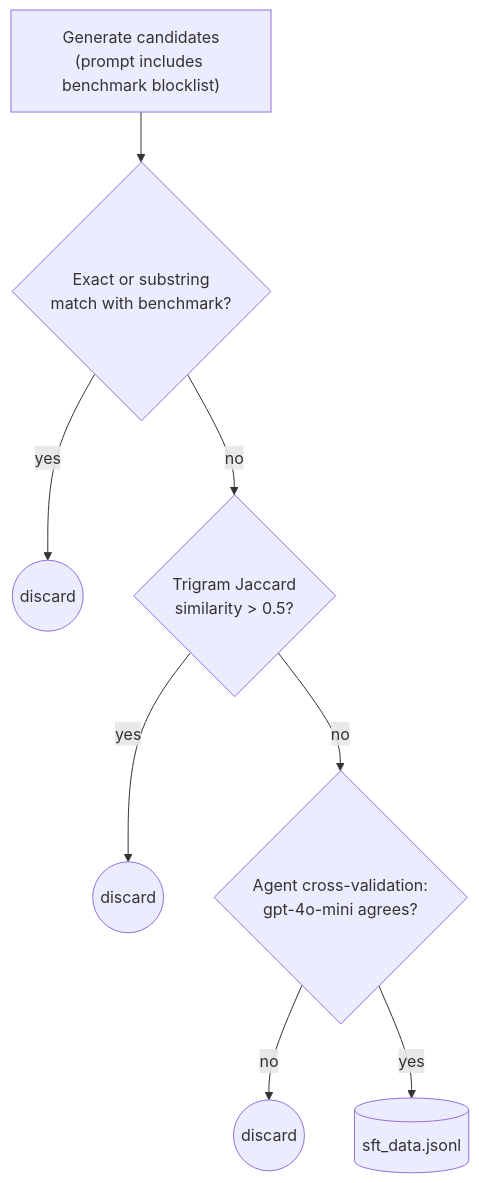
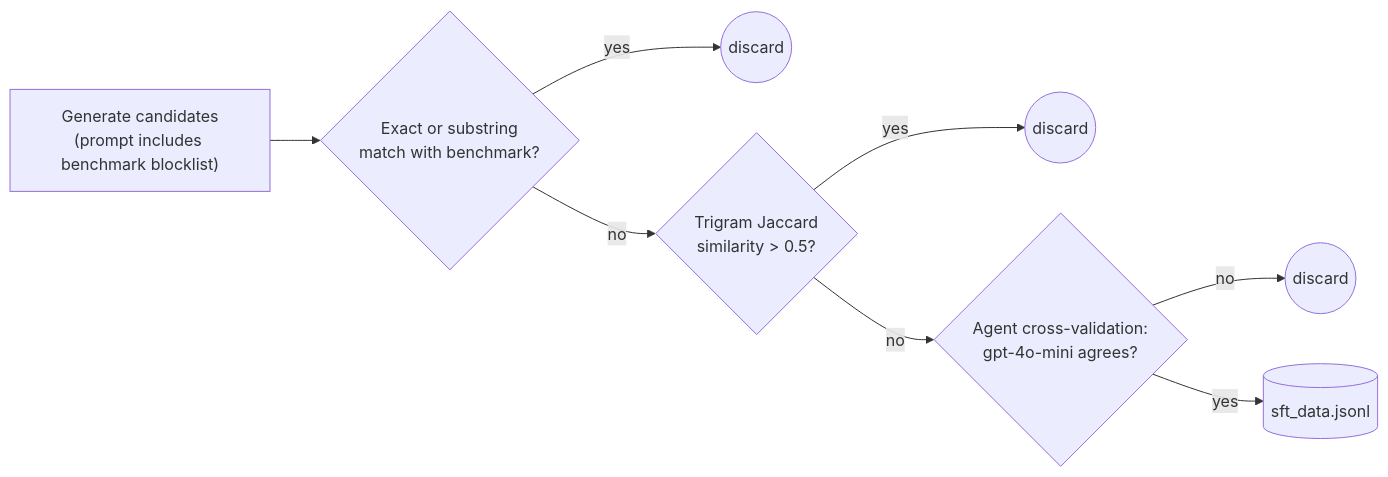
The third of 3 diagrams in examples/home-assistant/README.md (Liquid4All/cookbook), drawn with Mermaid before and after one commit. The commit also changed other lines of this file and 3 other files, not shown here.

````diff
--- a/examples/home-assistant/README.md
+++ b/examples/home-assistant/README.md
@@ -215,11 +215,11 @@
 ```mermaid
-flowchart TD
+flowchart LR
     A["Generate candidates\n(prompt includes benchmark blocklist)"]
     A --> B{"Exact or substring\nmatch with benchmark?"}
     B -->|yes| R1((discard))
     B -->|no| C{"Trigram Jaccard\nsimilarity > 0.5?"}
     C -->|yes| R2((discard))
     C -->|no| D{"Agent cross-validation:\ngpt-4o-mini agrees?"}
     D -->|no| R3((discard))
     D -->|yes| E[("sft_data.jsonl")]
 ```
````
